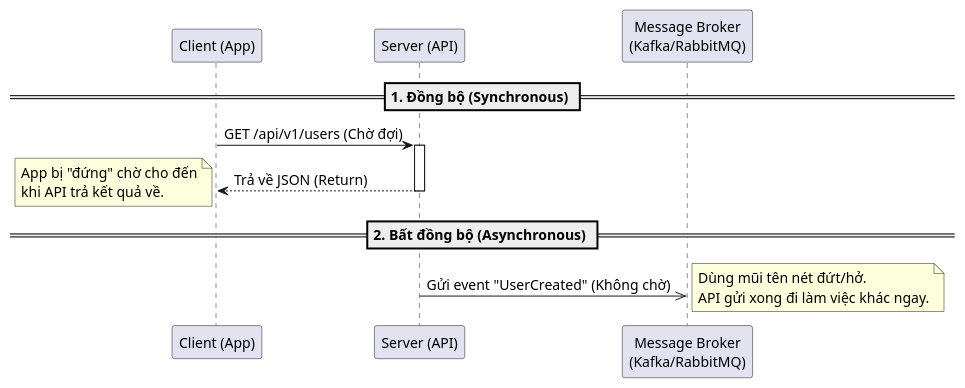
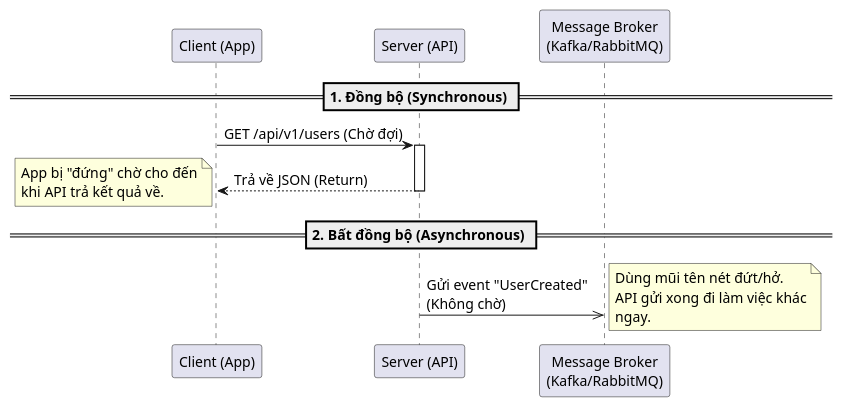
Before and after one commit to phamthithuthuy/phamthuy.dev: the first of 2 diagrams in ba-handbook/notes/02-system-analysis-and-design/sequence-diagram.md, drawn with PlantUML. The commit also changed other lines of this file and 9 other files, not shown here.

Commit message:
refactor(posts): standardize UML and SRS notes to match premium Use Case format

````diff
--- a/ba-handbook/notes/02-system-analysis-and-design/sequence-diagram.md
+++ b/ba-handbook/notes/02-system-analysis-and-design/sequence-diagram.md
@@ -13,21 +13,23 @@
 ```plantuml Phân biệt các loại Message
 @startuml
 skinparam defaultFontSize 14
+skinparam maxMessageSize 200
+skinparam wrapWidth 200
 
 participant "Client (App)" as App
 participant "Server (API)" as API
 participant "Message Broker\n(Kafka/RabbitMQ)" as Queue
 
 == 1. Đồng bộ (Synchronous) ==
 App -> API : GET /api/v1/users (Chờ đợi)
 activate API
 API --> App : Trả về JSON (Return)
 deactivate API
 note left: App bị "đứng" chờ cho đến\nkhi API trả kết quả về.
 
 == 2. Bất đồng bộ (Asynchronous) ==
 API ->> Queue : Gửi event "UserCreated" (Không chờ)
 note right: Dùng mũi tên nét đứt/hở.\nAPI gửi xong đi làm việc khác ngay.
 
 @enduml
 ```
````
